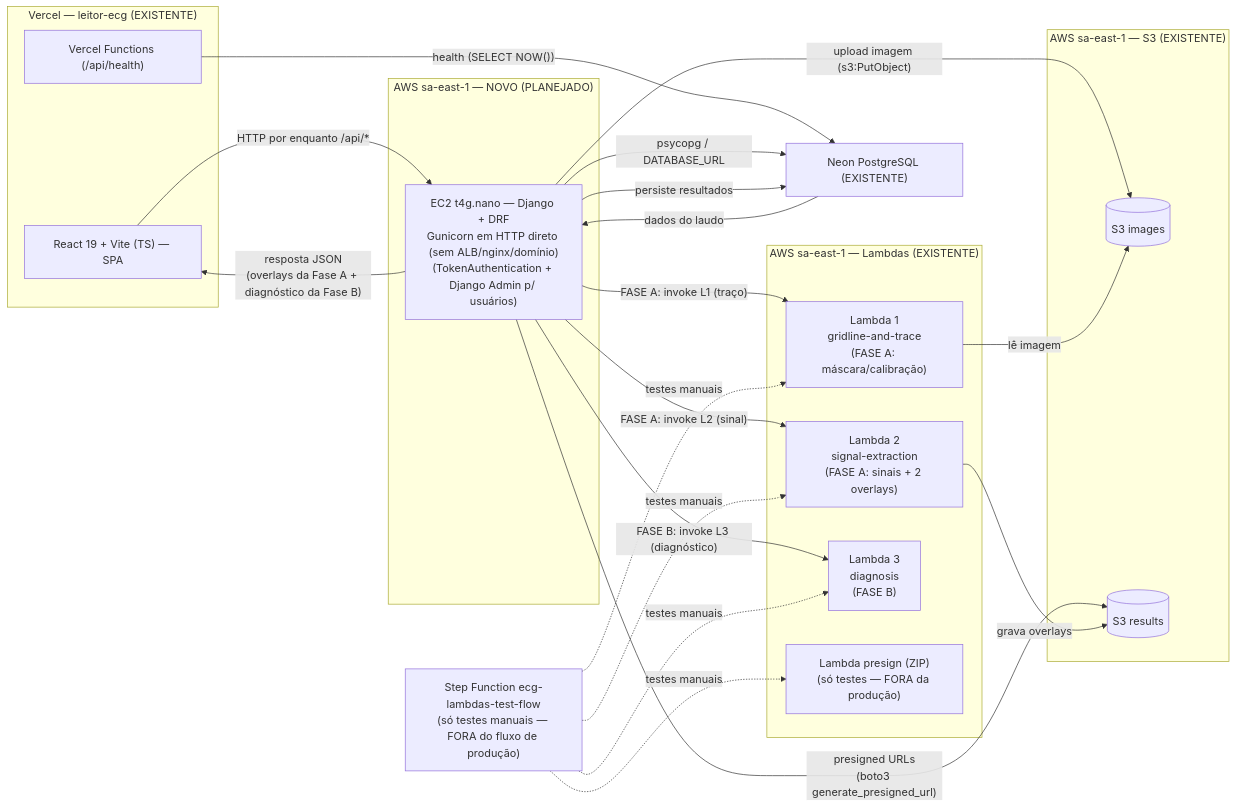
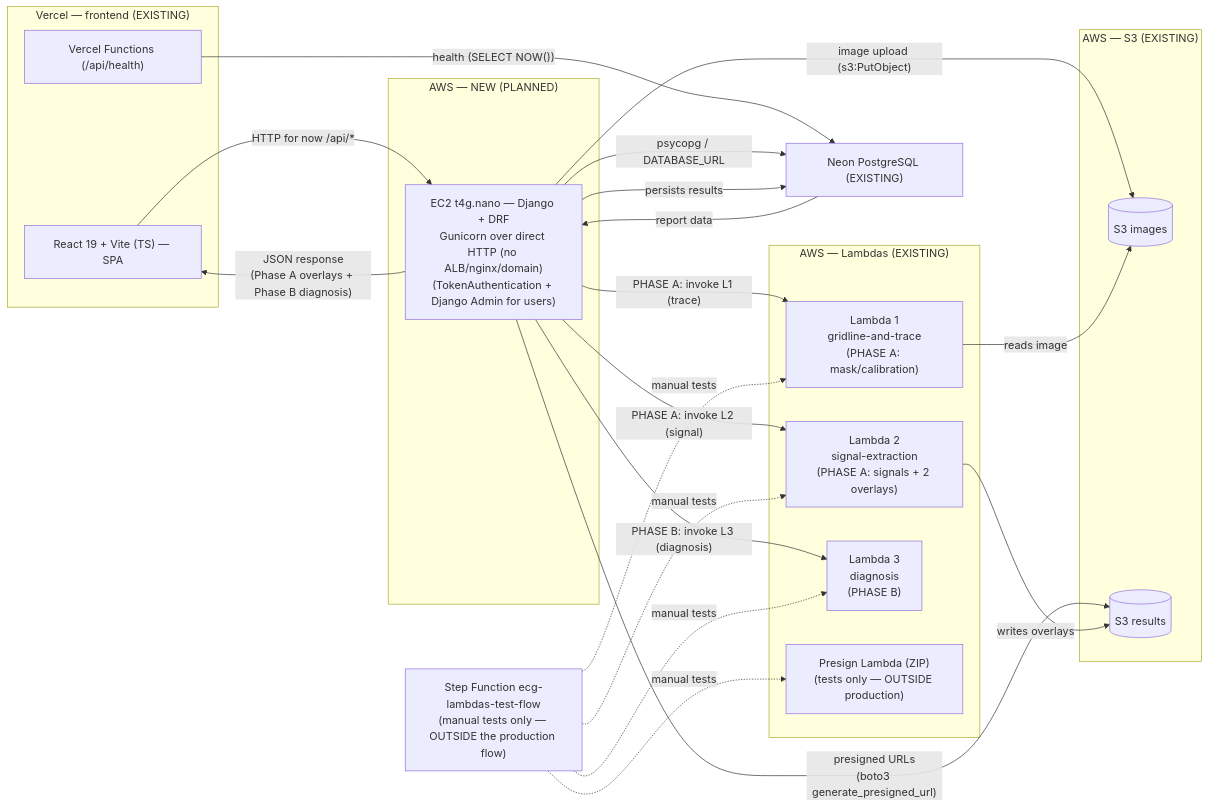
The fifth of 5 diagrams in apps/web/docs/architecture.md (trustedlake/ecg-reader), drawn with Mermaid before and after one commit. The commit also changed other lines of this file and 51 other files, not shown here.

````diff
--- a/apps/web/docs/architecture.md
+++ b/apps/web/docs/architecture.md
@@ -351,46 +349,46 @@
 ```mermaid
 flowchart LR
-    subgraph VERCEL["Vercel — leitor-ecg (EXISTENTE)"]
+    subgraph VERCEL["Vercel — frontend (EXISTING)"]
         FE["React 19 + Vite (TS) — SPA"]
         FV["Vercel Functions (/api/health)"]
     end
 
-    subgraph AWS_NEW["AWS sa-east-1 — NOVO (PLANEJADO)"]
-        EC["EC2 t4g.nano — Django + DRF<br/>Gunicorn em HTTP direto (sem ALB/nginx/domínio)<br/>(TokenAuthentication + Django Admin p/ usuários)"]
+    subgraph AWS_NEW["AWS — NEW (PLANNED)"]
+        EC["EC2 t4g.nano — Django + DRF<br/>Gunicorn over direct HTTP (no ALB/nginx/domain)<br/>(TokenAuthentication + Django Admin for users)"]
     end
 
-    subgraph AWS_LAMB["AWS sa-east-1 — Lambdas (EXISTENTE)"]
-        L1["Lambda 1<br/>gridline-and-trace<br/>(FASE A: máscara/calibração)"]
-        L2["Lambda 2<br/>signal-extraction<br/>(FASE A: sinais + 2 overlays)"]
-        L3["Lambda 3<br/>diagnosis<br/>(FASE B)"]
-        LP["Lambda presign (ZIP)<br/>(só testes — FORA da produção)"]
+    subgraph AWS_LAMB["AWS — Lambdas (EXISTING)"]
+        L1["Lambda 1<br/>gridline-and-trace<br/>(PHASE A: mask/calibration)"]
+        L2["Lambda 2<br/>signal-extraction<br/>(PHASE A: signals + 2 overlays)"]
+        L3["Lambda 3<br/>diagnosis<br/>(PHASE B)"]
+        LP["Presign Lambda (ZIP)<br/>(tests only — OUTSIDE production)"]
     end
 
-    subgraph AWS_S3["AWS sa-east-1 — S3 (EXISTENTE)"]
+    subgraph AWS_S3["AWS — S3 (EXISTING)"]
         B1[("S3 images")]
         B2[("S3 results")]
     end
 
-    NEON["Neon PostgreSQL (EXISTENTE)"]
+    NEON["Neon PostgreSQL (EXISTING)"]
 
-    %% produção: chamadas síncronas diretas, agrupadas em 2 fases
-    FE -->|"HTTP por enquanto /api/*"| EC
+    %% production: direct synchronous calls, grouped in 2 phases
+    FE -->|"HTTP for now /api/*"| EC
     FV -->|"health (SELECT NOW())"| NEON
     EC -->|"psycopg / DATABASE_URL"| NEON
-    EC -->|"upload imagem (s3:PutObject)"| B1
-    EC -->|"FASE A: invoke L1 (traço)"| L1
-    EC -->|"FASE A: invoke L2 (sinal)"| L2
-    EC -->|"FASE B: invoke L3 (diagnóstico)"| L3
+    EC -->|"image upload (s3:PutObject)"| B1
+    EC -->|"PHASE A: invoke L1 (trace)"| L1
+    EC -->|"PHASE A: invoke L2 (signal)"| L2
+    EC -->|"PHASE B: invoke L3 (diagnosis)"| L3
     EC -->|"presigned URLs<br/>(boto3 generate_presigned_url)"| B2
-    L1 -->|"lê imagem"| B1
-    L2 -->|"grava overlays"| B2
-    EC -->|"persiste resultados"| NEON
-    NEON -->|"dados do laudo"| EC
-    EC -->|"resposta JSON<br/>(overlays da Fase A + diagnóstico da Fase B)"| FE
-    %% SFN fica fora do fluxo de produção (só testes manuais)
-    SFN_DEBUG["Step Function ecg-lambdas-test-flow<br/>(só testes manuais — FORA do fluxo de produção)"]
-    SFN_DEBUG -.->|"testes manuais"| L1
-    SFN_DEBUG -.->|"testes manuais"| L2
-    SFN_DEBUG -.->|"testes manuais"| L3
-    SFN_DEBUG -.->|"testes manuais"| LP
+    L1 -->|"reads image"| B1
+    L2 -->|"writes overlays"| B2
+    EC -->|"persists results"| NEON
+    NEON -->|"report data"| EC
+    EC -->|"JSON response<br/>(Phase A overlays + Phase B diagnosis)"| FE
+    %% the SFN stays outside the production flow (manual tests only)
+    SFN_DEBUG["Step Function ecg-lambdas-test-flow<br/>(manual tests only — OUTSIDE the production flow)"]
+    SFN_DEBUG -.->|"manual tests"| L1
+    SFN_DEBUG -.->|"manual tests"| L2
+    SFN_DEBUG -.->|"manual tests"| L3
+    SFN_DEBUG -.->|"manual tests"| LP
 ```
````
